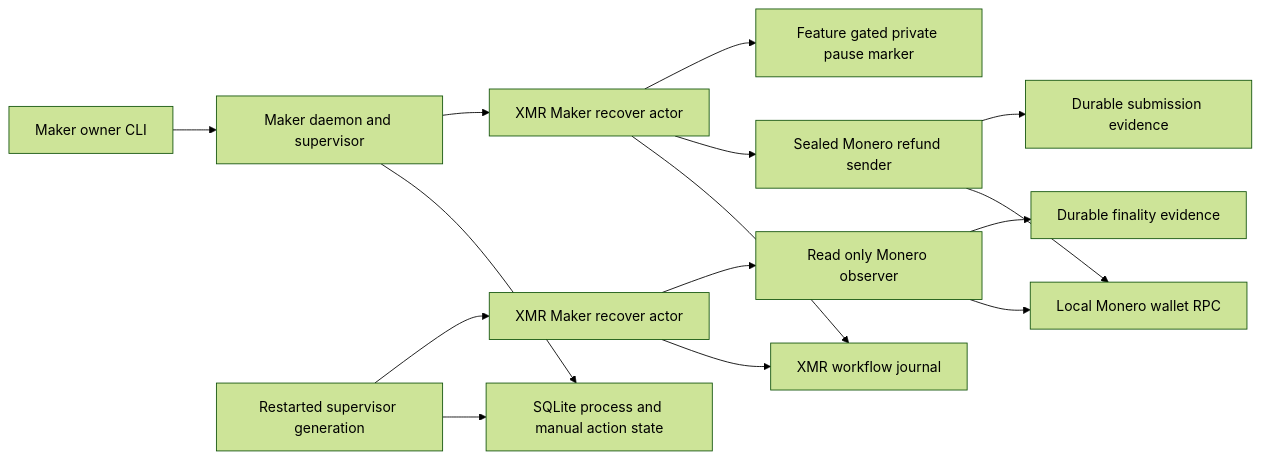
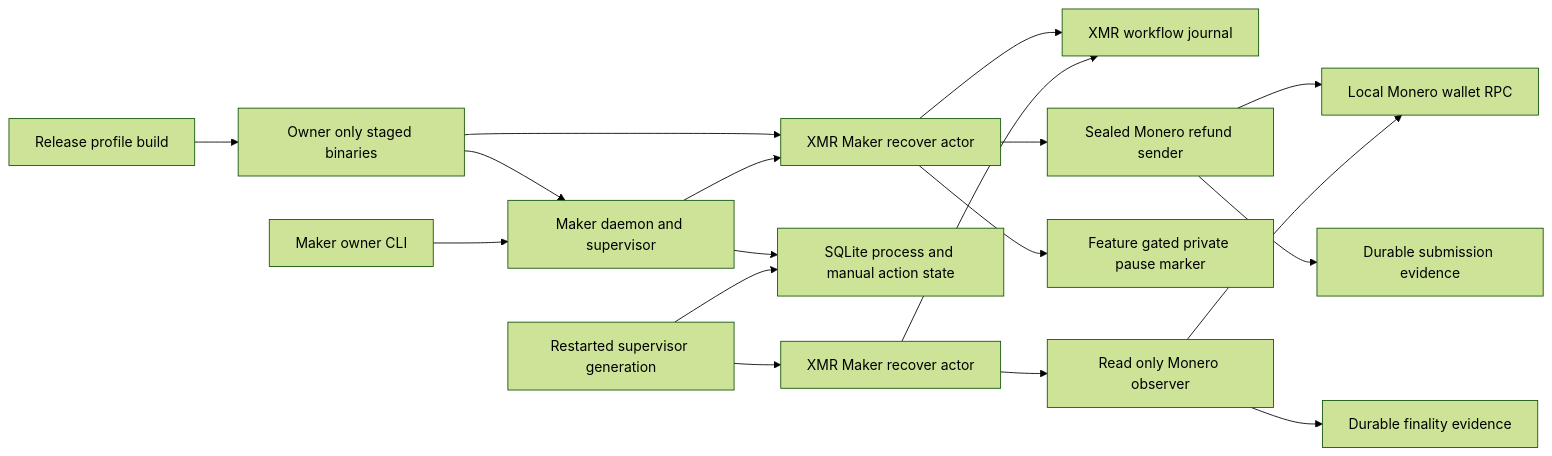
Before and after one commit to gateway-fm/lez-atomic-swaps: the first of 4 diagrams in docs/architecture/0177-reconcile-killed-monero-refund-actors.md, drawn with Mermaid (forest theme). The commit also changed other lines of this file and 6 other files, not shown here.

Commit message:
perf(m7): stage release actor artifacts

````diff
--- a/docs/architecture/0177-reconcile-killed-monero-refund-actors.md
+++ b/docs/architecture/0177-reconcile-killed-monero-refund-actors.md
@@ -49,17 +50,20 @@
 ```mermaid
 flowchart LR
+    Build[Release profile build] --> Stage[Owner only staged binaries]
+    Stage --> Daemon
+    Stage --> Actor
     Owner[Maker owner CLI] --> Daemon[Maker daemon and supervisor]
     Daemon --> Store[SQLite process and manual action state]
     Daemon --> Actor[XMR Maker recover actor]
     Actor --> Workflow[XMR workflow journal]
     Actor --> Sender[Sealed Monero refund sender]
     Sender --> Monero[Local Monero wallet RPC]
     Sender --> Submission[Durable submission evidence]
     Actor --> Marker[Feature gated private pause marker]
     Restart[Restarted supervisor generation] --> Store
     Restart --> Actor2[XMR Maker recover actor]
     Actor2 --> Workflow
     Actor2 --> Observer[Read only Monero observer]
     Observer --> Monero
     Observer --> Finality[Durable finality evidence]
 ```
````
